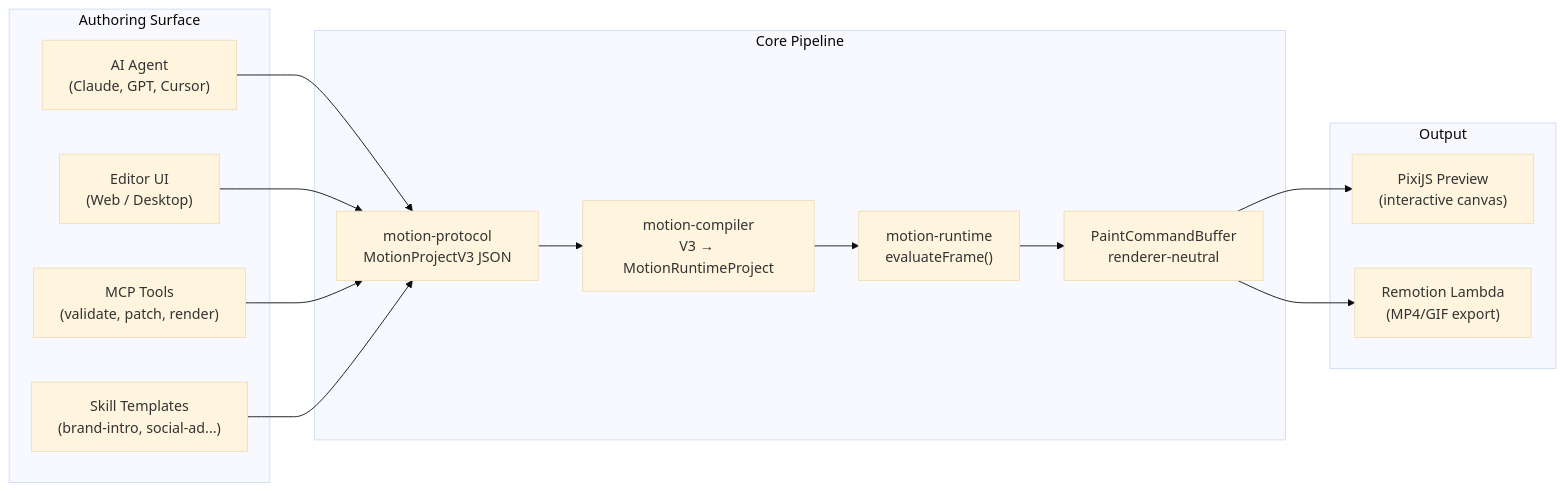
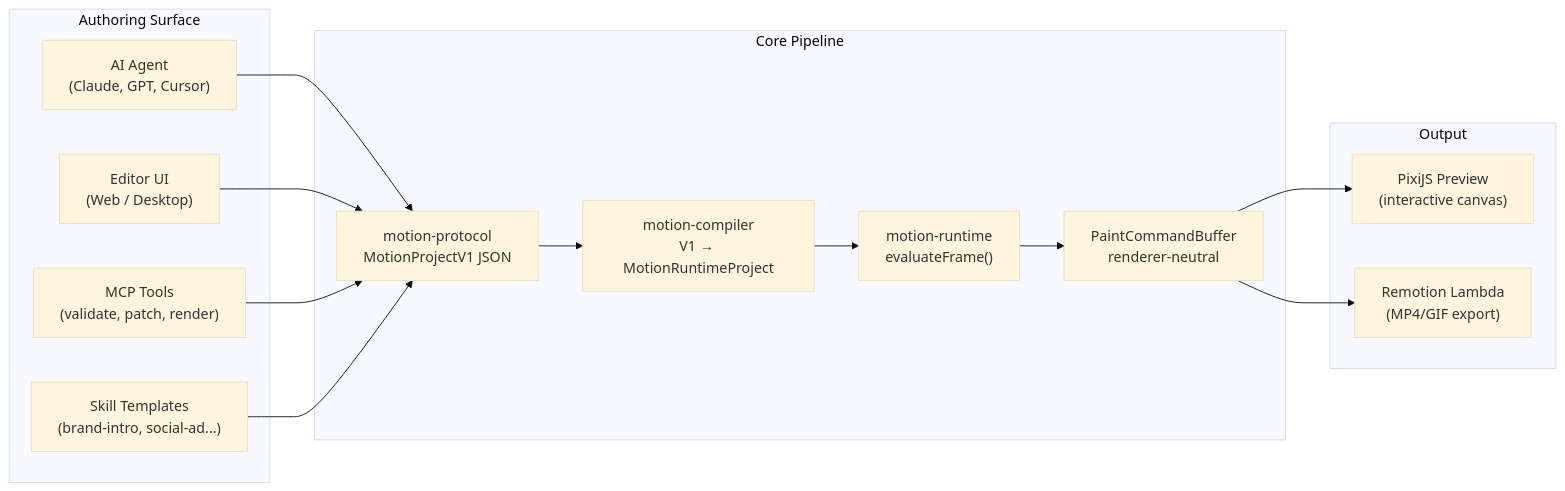
One commit to mankhb2k/neonix-native changed the diagram in README.md. Above: the diagram before and after it, drawn with Mermaid (base theme). The commit also changed other lines of this file and 314 other files, not shown here.

````diff
--- a/README.md
+++ b/README.md
@@ -19,31 +19,31 @@
 ```mermaid
 flowchart LR
   subgraph Surface["Authoring Surface"]
     AI["AI Agent<br/>(Claude, GPT, Cursor)"]
     Editor["Editor UI<br/>(Web / Desktop)"]
     MCP["MCP Tools<br/>(validate, patch, render)"]
     Skills["Skill Templates<br/>(brand-intro, social-ad...)"]
   end
 
   subgraph Core["Core Pipeline"]
-    Protocol["motion-protocol<br/>MotionProjectV3 JSON"]
-    Compiler["motion-compiler<br/>V3 → MotionRuntimeProject"]
+    Protocol["motion-protocol<br/>MotionProjectV1 JSON"]
+    Compiler["motion-compiler<br/>V1 → MotionRuntimeProject"]
     Runtime["motion-runtime<br/>evaluateFrame()"]
     Paint["PaintCommandBuffer<br/>renderer-neutral"]
   end
 
   subgraph Output["Output"]
     Pixi["PixiJS Preview<br/>(interactive canvas)"]
     Remotion["Remotion Lambda<br/>(MP4/GIF export)"]
   end
 
   AI --> Protocol
   Editor --> Protocol
   MCP --> Protocol
   Skills --> Protocol
   Protocol --> Compiler
   Compiler --> Runtime
   Runtime --> Paint
   Paint --> Pixi
   Paint --> Remotion
 ```
````
